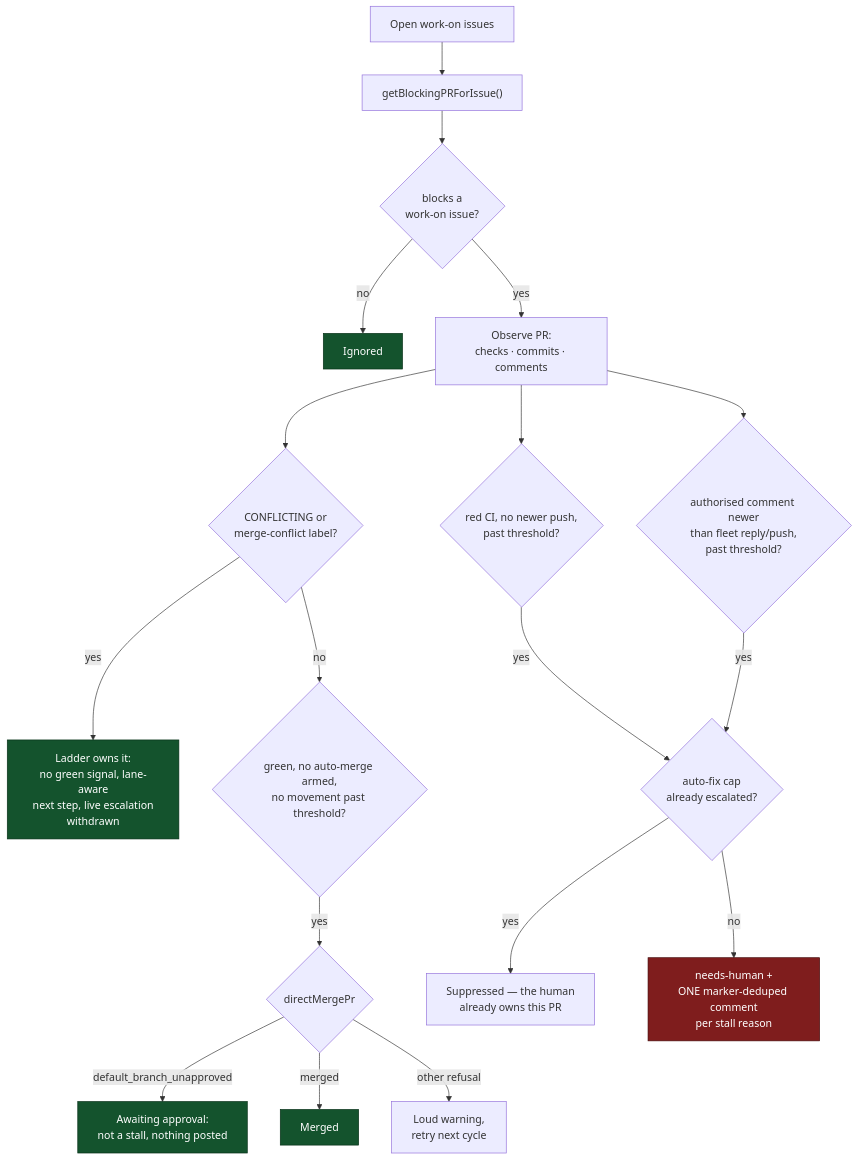
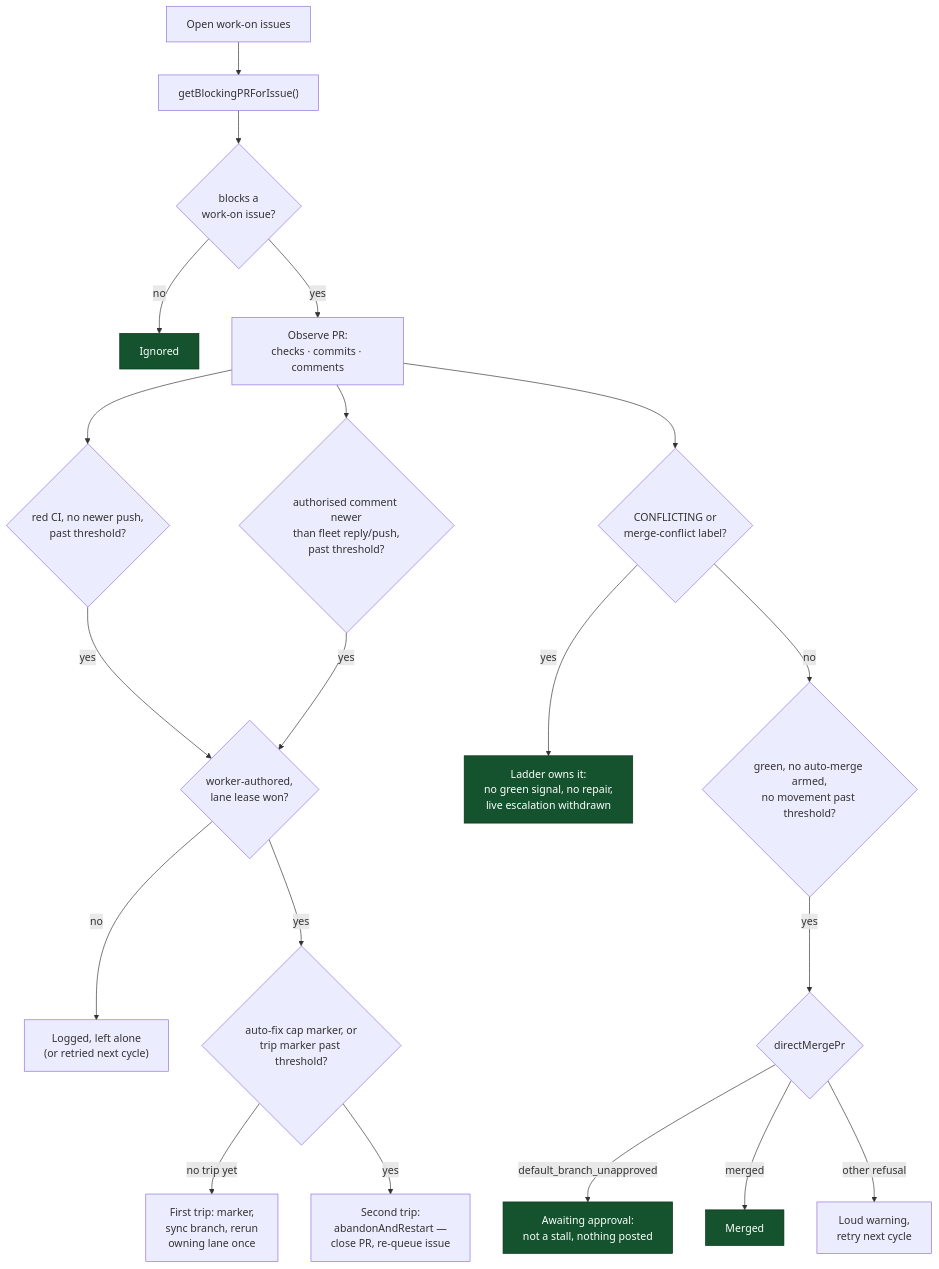
Diagram 25 of 27 in docs/CONFIGURATION.md (stSoftwareAU/VibeCoder), drawn with Mermaid before and after one commit. The commit also changed other lines of this file and 1 other file, not shown here.

First line of the commit message:
docs: blocking-PR stall watchdog repairs instead of escalating (#2802)

````diff
--- a/docs/CONFIGURATION.md
+++ b/docs/CONFIGURATION.md
@@ -4634,25 +4655,26 @@
 ```mermaid
 flowchart TD
     A["Open work-on issues"] --> B["getBlockingPRForIssue()"]
     B --> C{"blocks a<br/>work-on issue?"}
     C -->|no| D["Ignored"]
     C -->|yes| E["Observe PR:<br/>checks · commits · comments"]
     E --> F{"red CI, no newer push,<br/>past threshold?"}
     E --> G{"authorised comment newer<br/>than fleet reply/push,<br/>past threshold?"}
     E --> L{"CONFLICTING or<br/>merge-conflict label?"}
-    L -->|yes| N["Ladder owns it:<br/>no green signal, lane-aware<br/>next step, live escalation<br/>withdrawn"]
+    L -->|yes| N["Ladder owns it:<br/>no green signal, no repair,<br/>live escalation withdrawn"]
     L -->|no| M{"green, no auto-merge armed,<br/>no movement past threshold?"}
     M -->|yes| P{"directMergePr"}
     P -->|default_branch_unapproved| Q["Awaiting approval:<br/>not a stall, nothing posted"]
     P -->|merged| R["Merged"]
     P -->|other refusal| S["Loud warning,<br/>retry next cycle"]
-    F -->|yes| K
-    G -->|yes| K{"auto-fix cap<br/>already escalated?"}
-    K -->|yes| J["Suppressed — the human<br/>already owns this PR"]
-    K -->|no| H["needs-human +<br/>ONE marker-deduped comment<br/>per stall reason"]
-    style H fill:#7f1d1d,stroke:#450a0a,color:#fff
+    F -->|yes| W
+    G -->|yes| W{"worker-authored,<br/>lane lease won?"}
+    W -->|no| X["Logged, left alone<br/>(or retried next cycle)"]
+    W -->|yes| K{"auto-fix cap marker, or<br/>trip marker past threshold?"}
+    K -->|no trip yet| H["First trip: marker,<br/>sync branch, rerun<br/>owning lane once"]
+    K -->|yes| J["Second trip:<br/>abandonAndRestart —<br/>close PR, re-queue issue"]
     style D fill:#14532d,stroke:#052e16,color:#fff
     style N fill:#14532d,stroke:#052e16,color:#fff
     style Q fill:#14532d,stroke:#052e16,color:#fff
     style R fill:#14532d,stroke:#052e16,color:#fff
 ```
````
